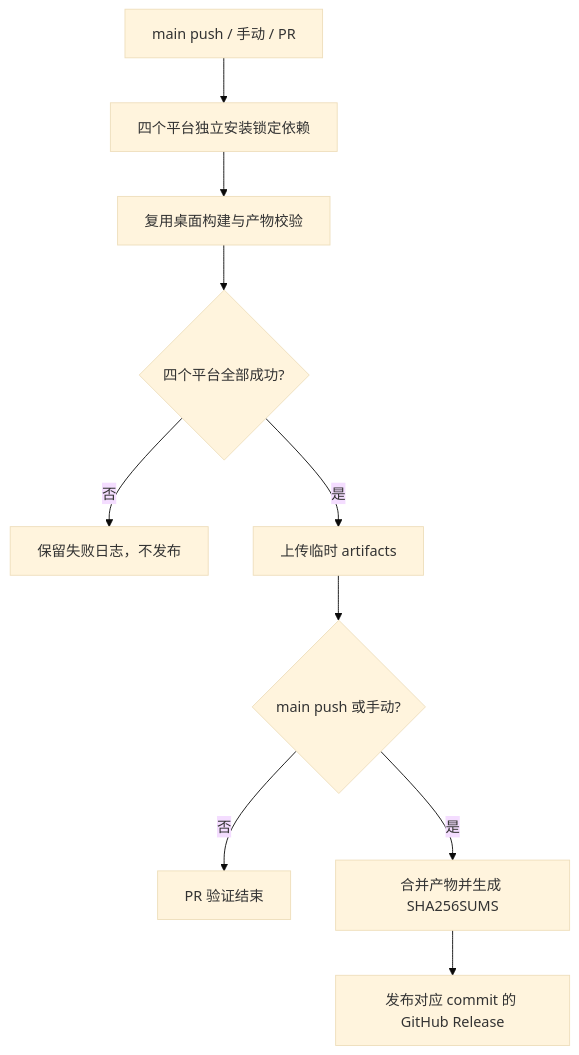
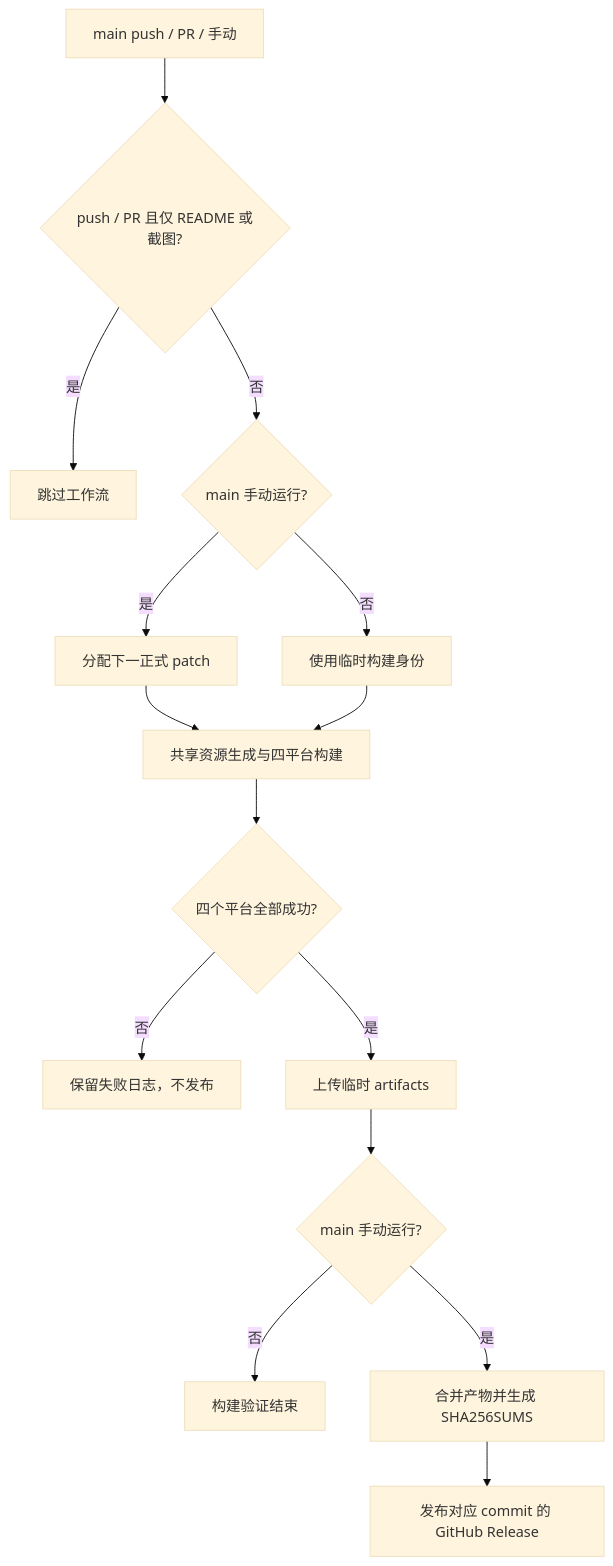
The diagram in docs/desktop/github-release-spec.md (OpenX123/ZCode), drawn with Mermaid (base theme) before and after one commit. The commit also changed other lines of this file and 5 other files, not shown here.

````diff
--- a/docs/desktop/github-release-spec.md
+++ b/docs/desktop/github-release-spec.md
@@ -16,12 +18,17 @@
 ```mermaid
 flowchart TD
-    A[main push / 手动 / PR] --> B[四个平台独立安装锁定依赖]
-    B --> C[复用桌面构建与产物校验]
-    C --> D{四个平台全部成功?}
-    D -- 否 --> E[保留失败日志，不发布]
-    D -- 是 --> F[上传临时 artifacts]
-    F --> G{main push 或手动?}
-    G -- 否 --> H[PR 验证结束]
-    G -- 是 --> I[合并产物并生成 SHA256SUMS]
+    A[main push / PR / 手动] --> A1{push / PR 且仅 README 或截图?}
+    A1 -- 是 --> A2[跳过工作流]
+    A1 -- 否 --> A3{main 手动运行?}
+    A3 -- 是 --> A4[分配下一正式 patch]
+    A3 -- 否 --> A5[使用临时构建身份]
+    A4 --> B[共享资源生成与四平台构建]
+    A5 --> B
+    B --> C{四个平台全部成功?}
+    C -- 否 --> D[保留失败日志，不发布]
+    C -- 是 --> E[上传临时 artifacts]
+    E --> F{main 手动运行?}
+    F -- 否 --> G[构建验证结束]
+    F -- 是 --> I[合并产物并生成 SHA256SUMS]
     I --> J[发布对应 commit 的 GitHub Release]
 ```
````
